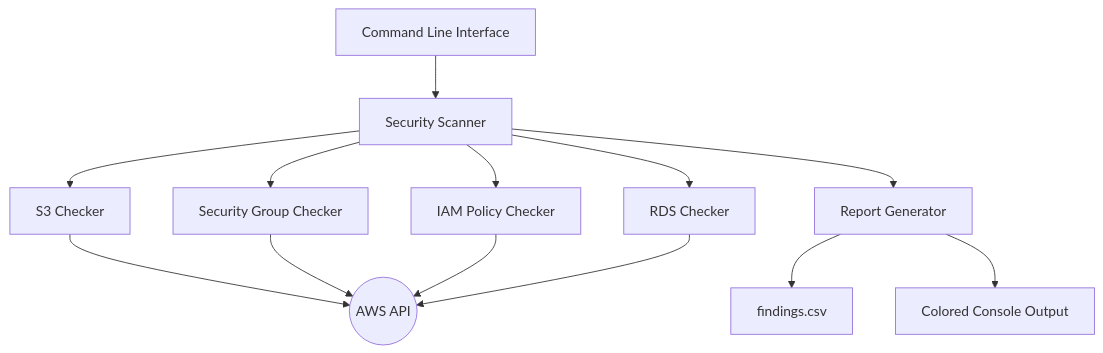
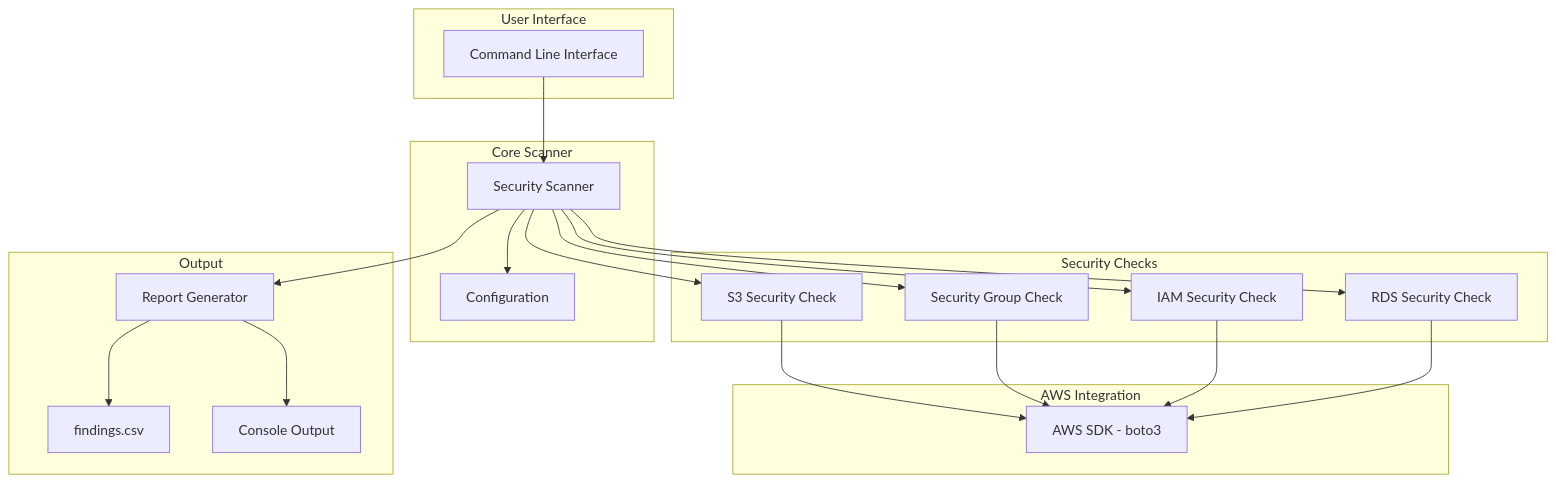
The first of 2 diagrams in README.md (moelhaj996/Automated-AWS-Security-Scanner), drawn with Mermaid before and after one commit. The commit also changed other lines of this file, not shown here.

````diff
--- a/README.md
+++ b/README.md
@@ -62,17 +35,44 @@
 ```mermaid
 graph TB
-    CLI[Command Line Interface] --> Scanner[Security Scanner]
-    Scanner --> S3[S3 Checker]
-    Scanner --> EC2[Security Group Checker]
-    Scanner --> IAM[IAM Policy Checker]
-    Scanner --> RDS[RDS Checker]
+    subgraph "User Interface"
+        CLI[Command Line Interface]
+    end
+
+    subgraph "Core Scanner"
+        Scanner[Security Scanner]
+        Config[Configuration]
+    end
+
+    subgraph "Security Checks"
+        S3[S3 Security Check]
+        SG[Security Group Check]
+        IAM[IAM Security Check]
+        RDS[RDS Security Check]
+    end
+
+    subgraph "AWS Integration"
+        Boto3[AWS SDK - boto3]
+    end
+
+    subgraph "Output"
+        Report[Report Generator]
+        CSV[findings.csv]
+        Console[Console Output]
+    end
+
+    CLI --> Scanner
+    Scanner --> Config
+    Scanner --> S3
+    Scanner --> SG
+    Scanner --> IAM
+    Scanner --> RDS
     
-    S3 --> AWS((AWS API))
-    EC2 --> AWS
-    IAM --> AWS
-    RDS --> AWS
+    S3 --> Boto3
+    SG --> Boto3
+    IAM --> Boto3
+    RDS --> Boto3
     
-    Scanner --> Report[Report Generator]
-    Report --> CSV[findings.csv]
-    Report --> Console[Colored Console Output]
+    Scanner --> Report
+    Report --> CSV
+    Report --> Console
 ```
````
